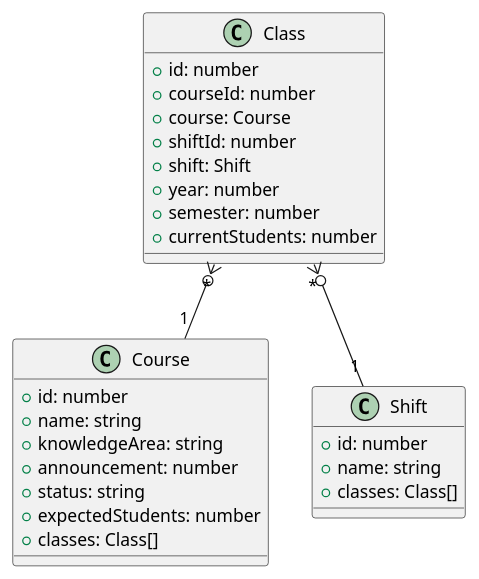
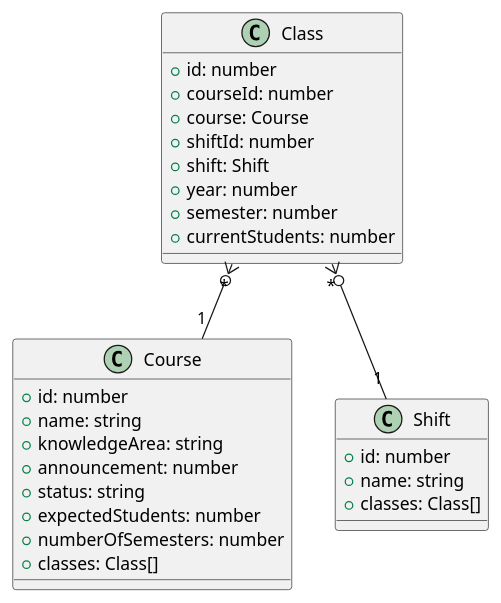
The diagram in docs/uml/classes.puml (Grupo-5-Biopark/grupo05), drawn with PlantUML before and after one commit. The commit also changed 18 other files, not shown here.

```diff
--- a/docs/uml/classes.puml
+++ b/docs/uml/classes.puml
@@ -1,30 +1,31 @@
 @startuml
 class Course {
     +id: number
     +name: string
     +knowledgeArea: string
     +announcement: number
     +status: string
     +expectedStudents: number
+    +numberOfSemesters: number
     +classes: Class[]
 }
 class Shift {
     +id: number
     +name: string
     +classes: Class[]
 }
 class Class {
     +id: number
     +courseId: number
     +course: Course
     +shiftId: number
     +shift: Shift
     +year: number
     +semester: number
     +currentStudents: number
 }
 
 ' Relationships
 Class "*" }o-- "1" Course
 Class "*" }o-- "1" Shift
 @enduml
```
